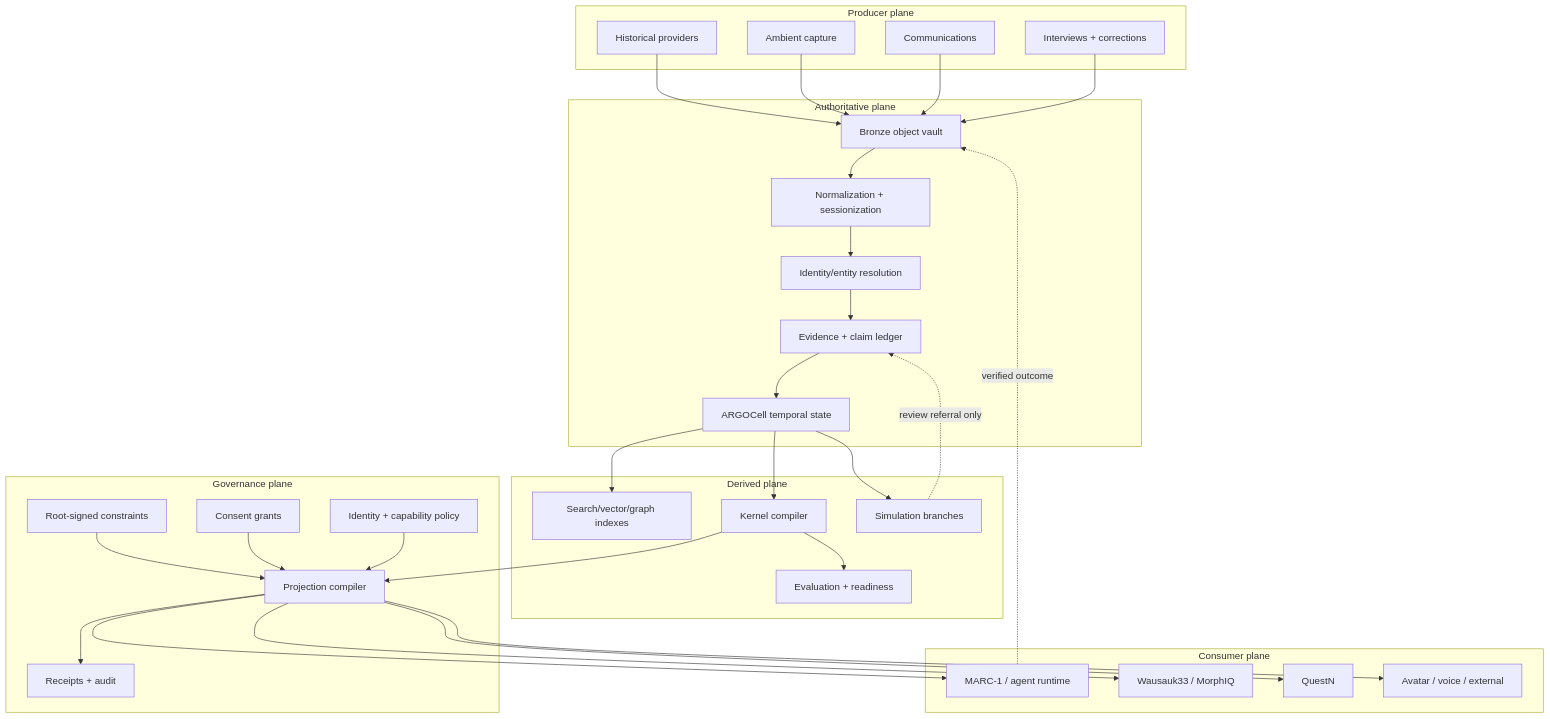
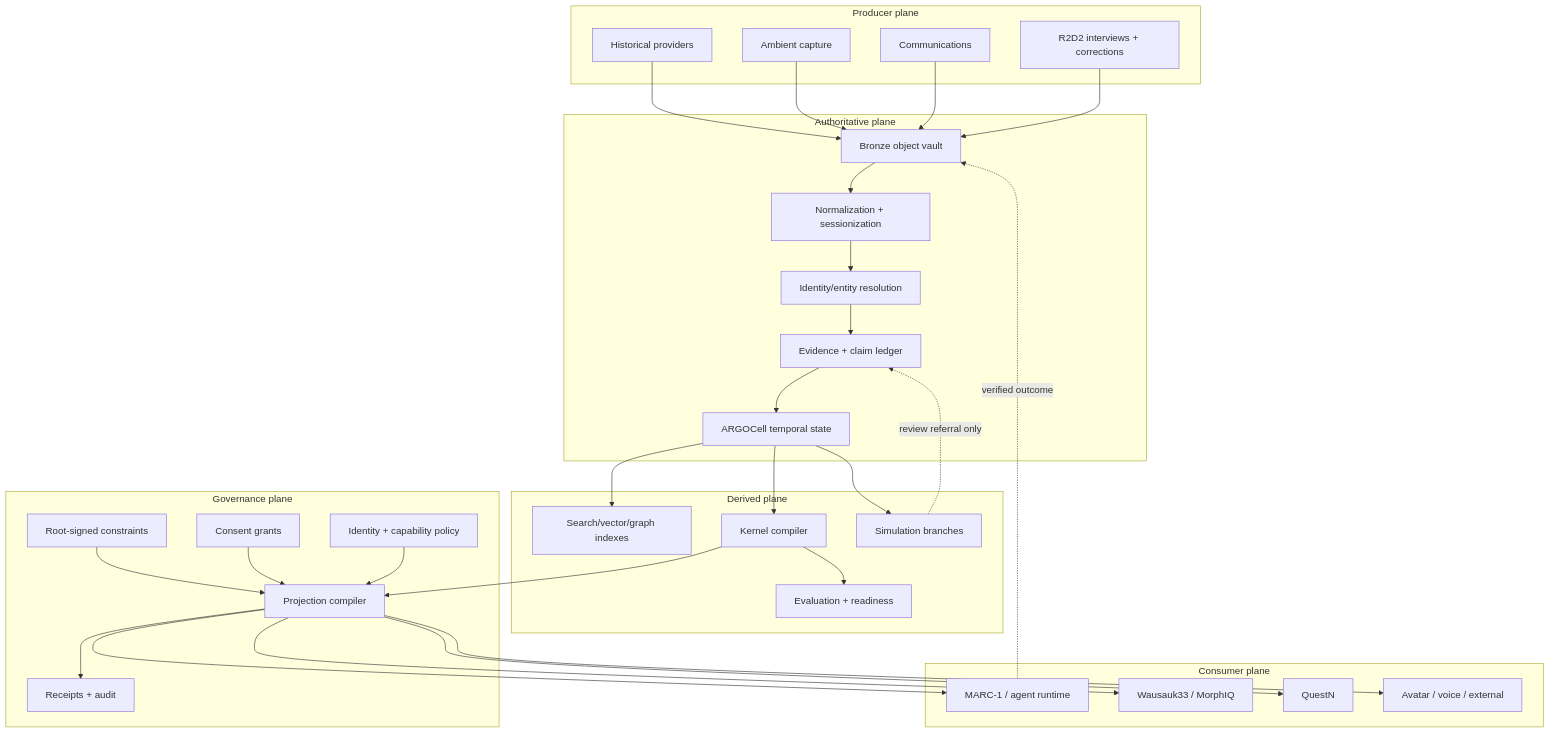
The first of 3 diagrams in docs/ARCHITECTURE.md (zhenrez/K2S0), drawn with Mermaid before and after one commit. The commit also changed other lines of this file and 10 other files, not shown here.

```diff
--- a/docs/ARCHITECTURE.md
+++ b/docs/ARCHITECTURE.md
@@ -36,54 +43,54 @@
 ~~~mermaid
 flowchart TB
   subgraph P["Producer plane"]
     HPI["Historical providers"]
     CAP["Ambient capture"]
     MSG["Communications"]
-    ASK["Interviews + corrections"]
+    ASK["R2D2 interviews + corrections"]
   end
   subgraph A["Authoritative plane"]
     BRZ["Bronze object vault"]
     NRM["Normalization + sessionization"]
     IDS["Identity/entity resolution"]
     ELS["Evidence + claim ledger"]
     CEL["ARGOCell temporal state"]
   end
   subgraph D["Derived plane"]
     IDX["Search/vector/graph indexes"]
     CMP["Kernel compiler"]
     EVA["Evaluation + readiness"]
     SIM["Simulation branches"]
   end
   subgraph G["Governance plane"]
     CST["Root-signed constraints"]
     CON["Consent grants"]
     AIP["Identity + capability policy"]
     PRJ["Projection compiler"]
     AUD["Receipts + audit"]
   end
   subgraph C["Consumer plane"]
     M1["MARC-1 / agent runtime"]
     WV["Wausauk33 / MorphIQ"]
     QN["QuestN"]
     AV["Avatar / voice / external"]
   end
 
   HPI --> BRZ
   CAP --> BRZ
   MSG --> BRZ
   ASK --> BRZ
   BRZ --> NRM --> IDS --> ELS --> CEL
   CEL --> IDX
   CEL --> CMP --> EVA
   CEL --> SIM
   CST --> PRJ
   CON --> PRJ
   AIP --> PRJ
   CMP --> PRJ --> AUD
   PRJ --> M1
   PRJ --> WV
   PRJ --> QN
   PRJ --> AV
   M1 -. "verified outcome" .-> BRZ
   SIM -. "review referral only" .-> ELS
 ~~~
```
